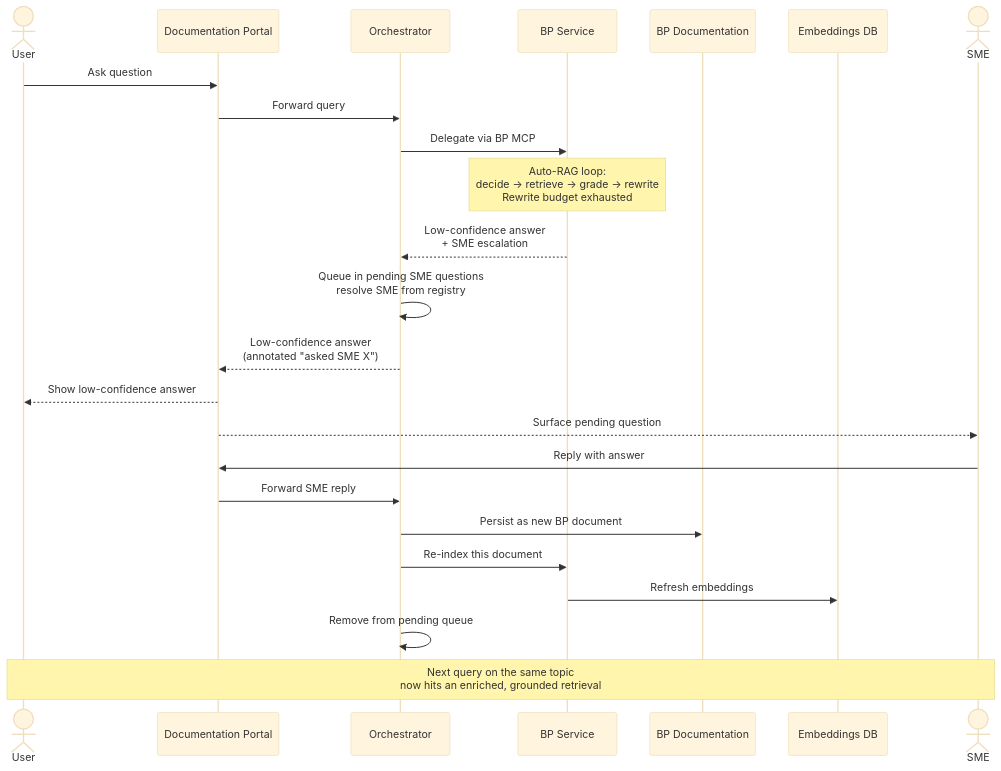
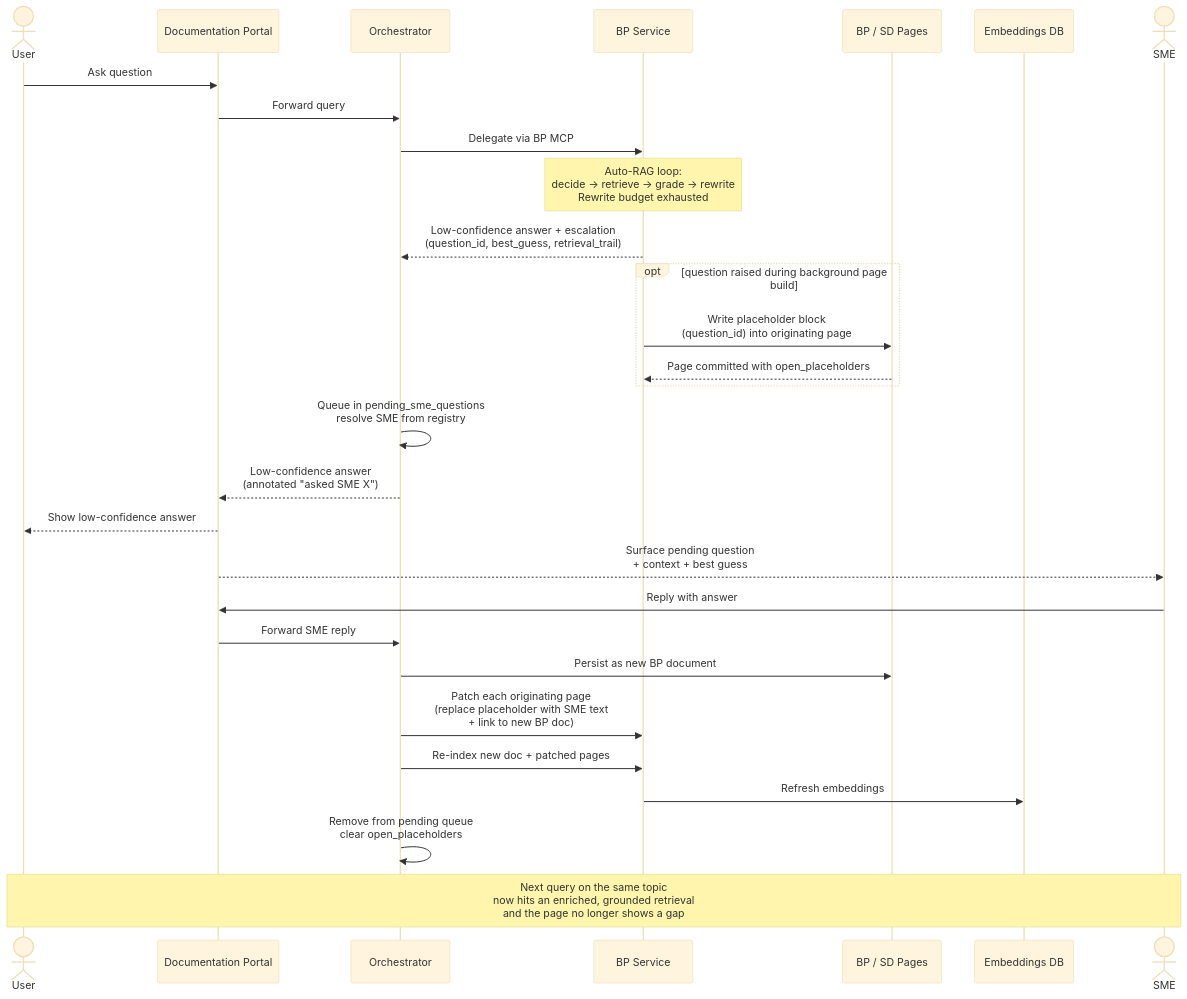
One commit to kikecorona/agentic-ai-capstone-project changed the fifth of 5 diagrams in PROJECT_ARCHITECTURE.md. Above: the diagram before and after it, drawn with Mermaid (base theme). The commit also changed other lines of this file, not shown here.

Commit message:
Added missing SME response re-integration paths

````diff
--- a/PROJECT_ARCHITECTURE.md
+++ b/PROJECT_ARCHITECTURE.md
@@ -659,26 +674,31 @@
 ```mermaid
 sequenceDiagram
     actor User
     participant Portal as Documentation Portal
     participant OC as Orchestrator
     participant BP as BP Service
-    participant Docs as BP Documentation
+    participant Docs as BP / SD Pages
     participant E as Embeddings DB
     actor SME
     User ->> Portal: Ask question
     Portal ->> OC: Forward query
     OC ->> BP: Delegate via BP MCP
     Note over BP: Auto-RAG loop:<br/>decide → retrieve → grade → rewrite<br/>Rewrite budget exhausted
-    BP -->> OC: Low-confidence answer<br/>+ SME escalation
-    OC ->> OC: Queue in pending SME questions<br/>resolve SME from registry
+    BP -->> OC: Low-confidence answer + escalation<br/>(question_id, best_guess, retrieval_trail)
+    opt question raised during background page build
+        BP ->> Docs: Write placeholder block<br/>(question_id) into originating page
+        Docs -->> BP: Page committed with open_placeholders
+    end
+    OC ->> OC: Queue in pending_sme_questions<br/>resolve SME from registry
     OC -->> Portal: Low-confidence answer<br/>(annotated "asked SME X")
     Portal -->> User: Show low-confidence answer
-    Portal -->> SME: Surface pending question
+    Portal -->> SME: Surface pending question<br/>+ context + best guess
     SME ->> Portal: Reply with answer
     Portal ->> OC: Forward SME reply
     OC ->> Docs: Persist as new BP document
-    OC ->> BP: Re-index this document
+    OC ->> BP: Patch each originating page<br/>(replace placeholder with SME text<br/>+ link to new BP doc)
+    OC ->> BP: Re-index new doc + patched pages
     BP ->> E: Refresh embeddings
-    OC ->> OC: Remove from pending queue
-    Note over User, SME: Next query on the same topic<br/>now hits an enriched, grounded retrieval
+    OC ->> OC: Remove from pending queue<br/>clear open_placeholders
+    Note over User, SME: Next query on the same topic<br/>now hits an enriched, grounded retrieval<br/>and the page no longer shows a gap
 ```
````
